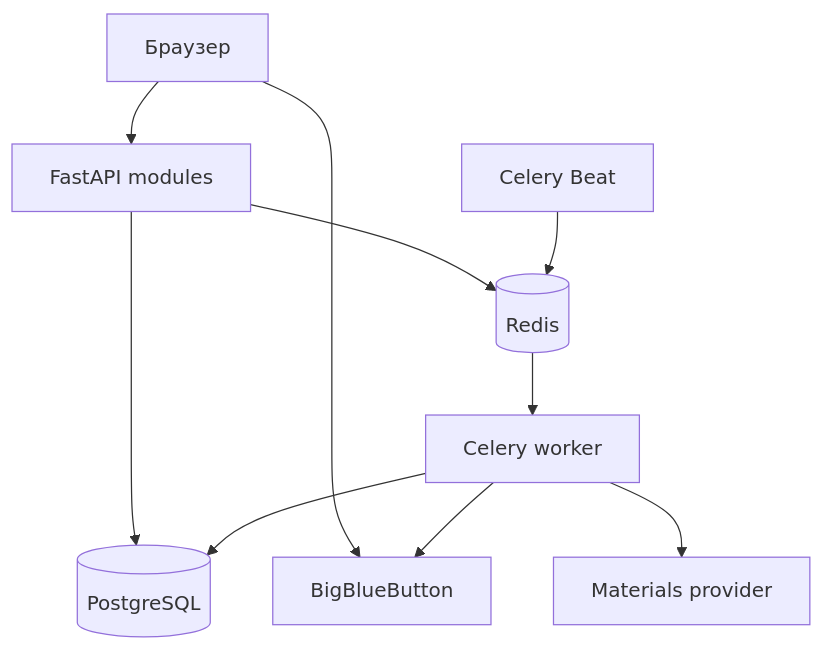
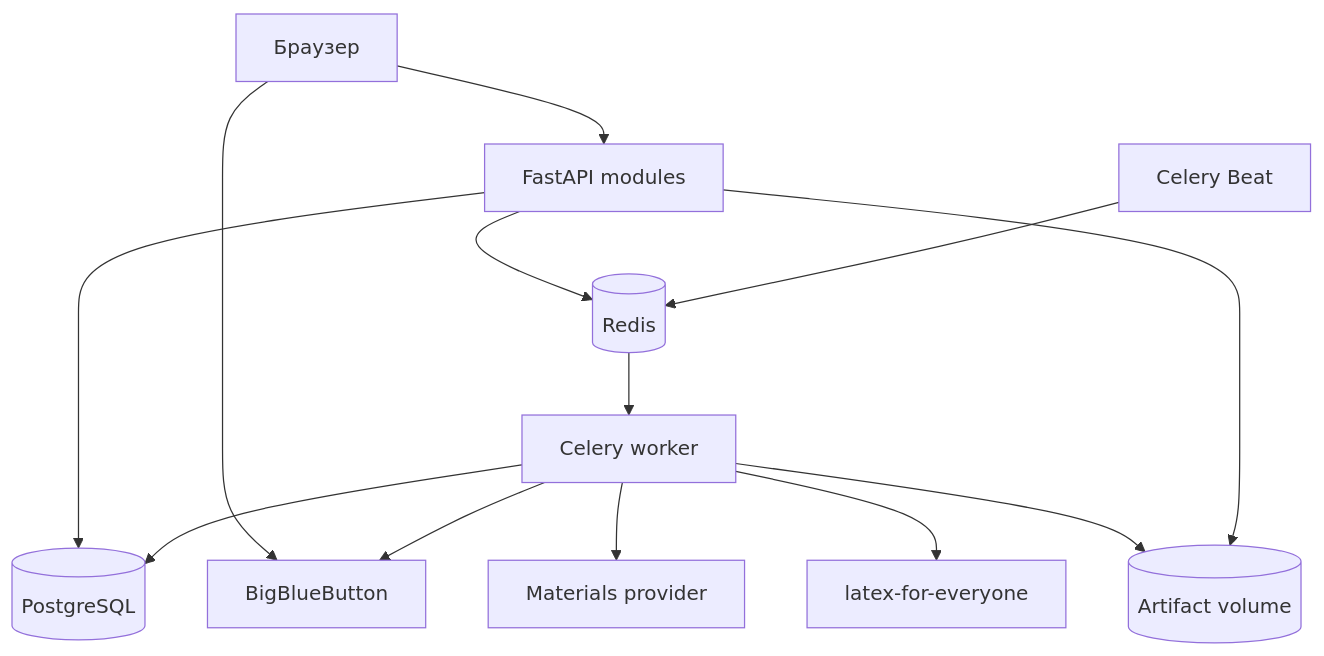
One commit to ArtemLevin/tutor-assistant-web changed the fourth of 4 diagrams in docs/architecture.md. Above: the diagram before and after it, drawn with Mermaid. The commit also changed other lines of this file and 30 other files, not shown here.

````diff
--- a/docs/architecture.md
+++ b/docs/architecture.md
@@ -118,12 +123,15 @@
 ```mermaid
 flowchart TB
     Browser[Браузер] --> App[FastAPI modules]
     Browser --> BBB[BigBlueButton]
     App --> Postgres[(PostgreSQL)]
     App --> Redis[(Redis)]
     Redis --> Worker[Celery worker]
     Beat[Celery Beat] --> Redis
     Worker --> BBB
     Worker --> AI[Materials provider]
+    Worker --> Latex[latex-for-everyone]
+    Worker --> Files[(Artifact volume)]
+    App --> Files
     Worker --> Postgres
 ```
````
